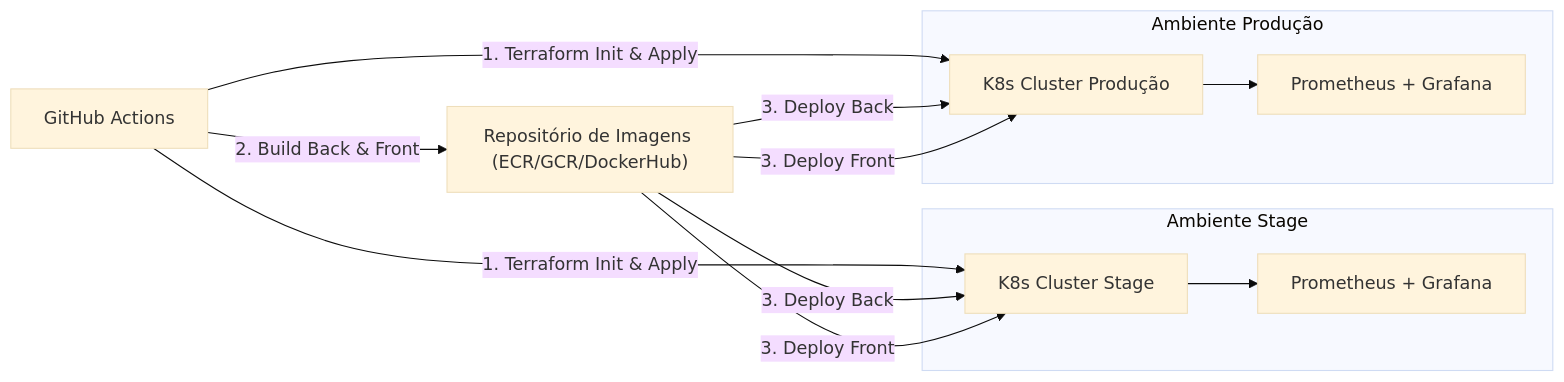
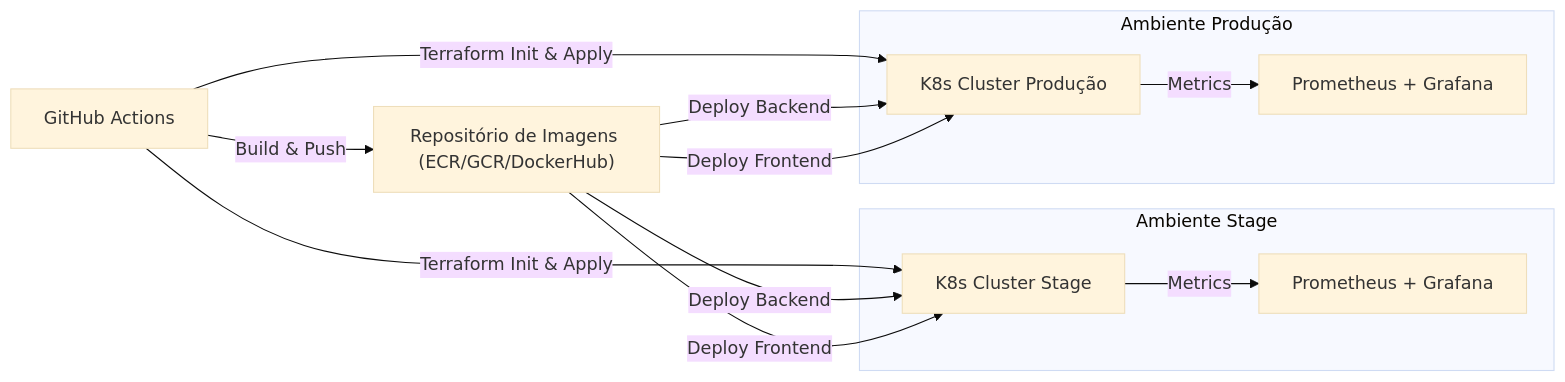
One commit to DevOps-Uniamerica/estacionamento-web-application changed the diagram in README.md. Above: the diagram before and after it, drawn with Mermaid (base theme). The commit also changed other lines of this file, not shown here.

````diff
--- a/README.md
+++ b/README.md
@@ -62,25 +61,25 @@
 ```mermaid
 flowchart LR
   subgraph Stage [Ambiente Stage]
     A1[K8s Cluster Stage]
     M1[Prometheus + Grafana]
   end
 
   subgraph Prod [Ambiente Produção]
     A2[K8s Cluster Produção]
     M2[Prometheus + Grafana]
   end
 
-  GH[GitHub Actions]
+  GH["GitHub Actions"]
   REPO["Repositório de Imagens (ECR/GCR/DockerHub)"]
 
-  GH -->|1. Terraform Init & Apply| A1
-  GH -->|1. Terraform Init & Apply| A2
-  GH -->|2. Build Back & Front| REPO
-  REPO -->|3. Deploy Back| A1
-  REPO -->|3. Deploy Back| A2
-  REPO -->|3. Deploy Front| A1
-  REPO -->|3. Deploy Front| A2
-  A1 --> M1
-  A2 --> M2
+  GH -->|"Terraform Init & Apply"| A1
+  GH -->|"Terraform Init & Apply"| A2
+  GH -->|"Build & Push"| REPO
+  REPO -->|"Deploy Backend"| A1
+  REPO -->|"Deploy Backend"| A2
+  REPO -->|"Deploy Frontend"| A1
+  REPO -->|"Deploy Frontend"| A2
+  A1 -->|"Metrics"| M1
+  A2 -->|"Metrics"| M2
 ```
````
